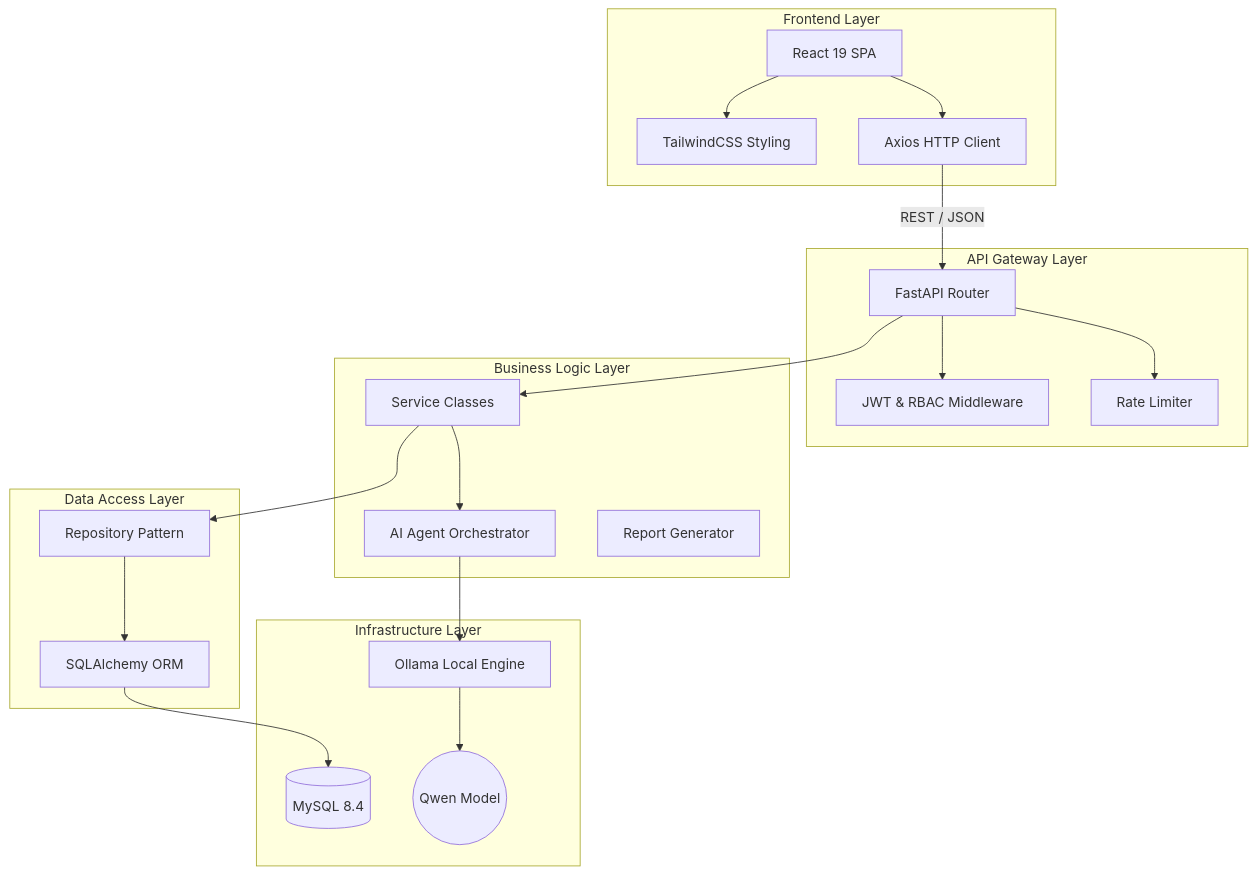
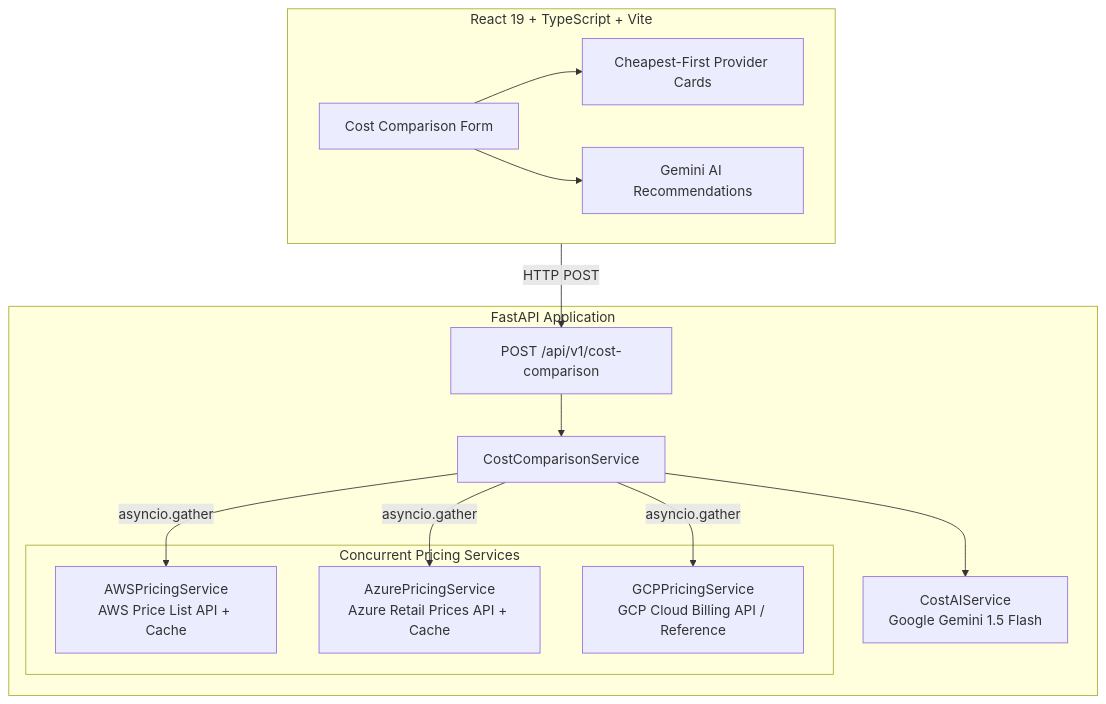
Before and after one commit to Sneharsha001/Infralytix: the diagram in README.md, drawn with Mermaid. The commit also changed other lines of this file and 1 other file, not shown here.

Commit message:
docs: update README and sprint final review for multi-cloud cost comparison

````diff
--- a/README.md
+++ b/README.md
@@ -63,44 +43,31 @@
 ```mermaid
 flowchart TD
-    subgraph Client [Frontend Layer]
-        UI[React 19 SPA]
-        Tailwind[TailwindCSS Styling]
-        Axios[Axios HTTP Client]
-        UI --> Tailwind
-        UI --> Axios
+    subgraph Frontend [React 19 + TypeScript + Vite]
+        UI[Cost Comparison Form]
+        Cards[Cheapest-First Provider Cards]
+        AISect[Gemini AI Recommendations]
+        UI --> Cards
+        UI --> AISect
     end
 
-    subgraph API [API Gateway Layer]
-        FastAPI[FastAPI Router]
-        Auth[JWT & RBAC Middleware]
-        RateLimit[Rate Limiter]
-        FastAPI --> Auth
-        FastAPI --> RateLimit
+    subgraph Backend [FastAPI Application]
+        Router["POST /api/v1/cost-comparison"]
+        Orchestrator[CostComparisonService]
+        Router --> Orchestrator
+
+        subgraph Providers [Concurrent Pricing Services]
+            AWS[AWSPricingService\nAWS Price List API + Cache]
+            Azure[AzurePricingService\nAzure Retail Prices API + Cache]
+            GCP[GCPPricingService\nGCP Cloud Billing API / Reference]
+        end
+
+        AI[CostAIService\nGoogle Gemini 1.5 Flash]
+
+        Orchestrator -->|asyncio.gather| AWS
+        Orchestrator -->|asyncio.gather| Azure
+        Orchestrator -->|asyncio.gather| GCP
+        Orchestrator --> AI
     end
 
-    subgraph Business [Business Logic Layer]
-        Services[Service Classes]
-        Agents[AI Agent Orchestrator]
-        Reports[Report Generator]
-    end
-
-    subgraph Data [Data Access Layer]
-        Repositories[Repository Pattern]
-        SQLAlchemy[SQLAlchemy ORM]
-    end
-
-    subgraph Storage [Infrastructure Layer]
-        MySQL[(MySQL 8.4)]
-        Ollama[Ollama Local Engine]
-        Qwen((Qwen Model))
-    end
-
-    Axios -- REST / JSON --> FastAPI
-    FastAPI --> Services
-    Services --> Repositories
-    Services --> Agents
-    Repositories --> SQLAlchemy
-    SQLAlchemy --> MySQL
-    Agents --> Ollama
-    Ollama --> Qwen
+    Frontend -- "HTTP POST" --> Router
 ```
````
